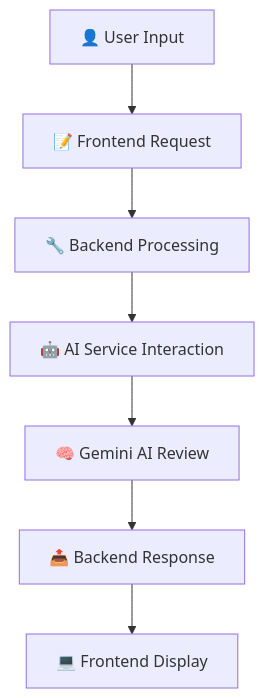
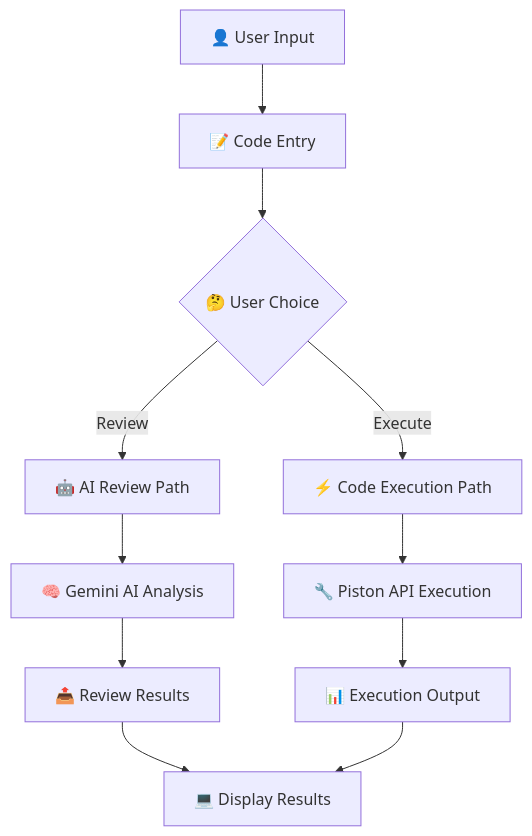
The diagram in README.md (ayeshashaw/CodeAuditAI-AI_Code_Reviewer), drawn with Mermaid before and after one commit. The commit also changed other lines of this file, not shown here.

````diff
--- a/README.md
+++ b/README.md
@@ -210,9 +267,13 @@
 ```mermaid
 graph TD
-    A[👤 User Input] --> B[📝 Frontend Request]
-    B --> C[🔧 Backend Processing]
-    C --> D[🤖 AI Service Interaction]
-    D --> E[🧠 Gemini AI Review]
-    E --> F[📤 Backend Response]
-    F --> G[💻 Frontend Display]
+    A[👤 User Input] --> B[📝 Code Entry]
+    B --> C{🤔 User Choice}
+    C -->|Review| D[🤖 AI Review Path]
+    C -->|Execute| E[⚡ Code Execution Path]
+    D --> F[🧠 Gemini AI Analysis]
+    E --> G[🔧 Piston API Execution]
+    F --> H[📤 Review Results]
+    G --> I[📊 Execution Output]
+    H --> J[💻 Display Results]
+    I --> J
 ```
````
